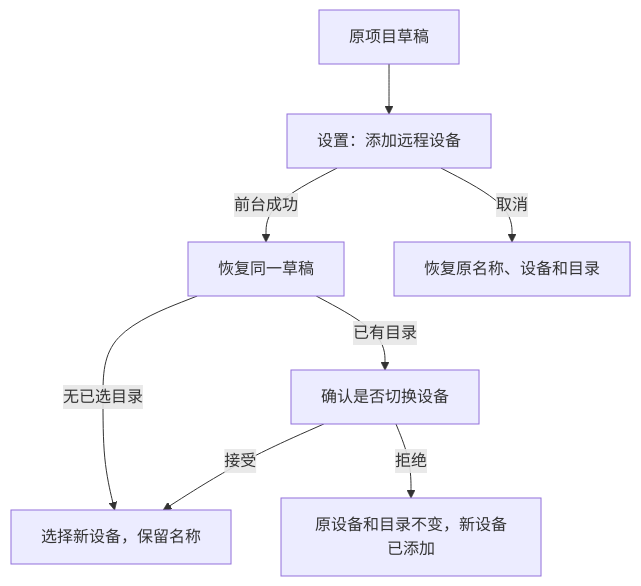
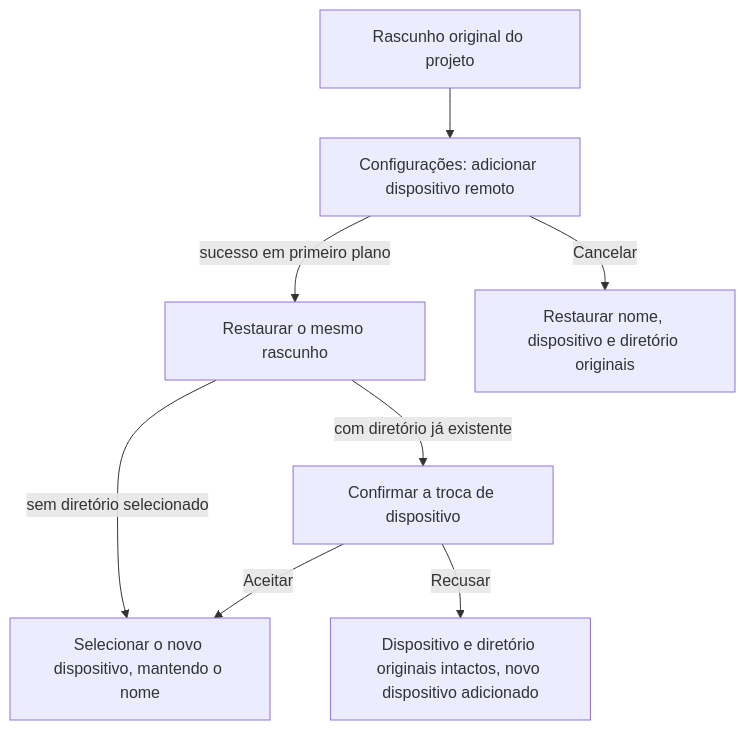
The diagram in docs/issues/remote-connection-ux/20-project-draft-settings-round-trip.md (JoaoNetoDev/BR-Code), drawn with Mermaid before and after one commit. The commit also changed other lines of this file and 177 other files, not shown here.

````diff
--- a/docs/issues/remote-connection-ux/20-project-draft-settings-round-trip.md
+++ b/docs/issues/remote-connection-ux/20-project-draft-settings-round-trip.md
@@ -16,10 +16,10 @@
 ```mermaid
 flowchart TD
-    A[原项目草稿] --> B[设置：添加远程设备]
-    B -- 前台成功 --> C[恢复同一草稿]
-    C -- 无已选目录 --> D[选择新设备，保留名称]
-    C -- 已有目录 --> E[确认是否切换设备]
-    E -- 接受 --> D
-    E -- 拒绝 --> F[原设备和目录不变，新设备已添加]
-    B -- 取消 --> G[恢复原名称、设备和目录]
+    A[Rascunho original do projeto] --> B[Configurações: adicionar dispositivo remoto]
+    B -- sucesso em primeiro plano --> C[Restaurar o mesmo rascunho]
+    C -- sem diretório selecionado --> D[Selecionar o novo dispositivo, mantendo o nome]
+    C -- com diretório já existente --> E[Confirmar a troca de dispositivo]
+    E -- Aceitar --> D
+    E -- Recusar --> F[Dispositivo e diretório originais intactos, novo dispositivo adicionado]
+    B -- Cancelar --> G[Restaurar nome, dispositivo e diretório originais]
 ```
````
